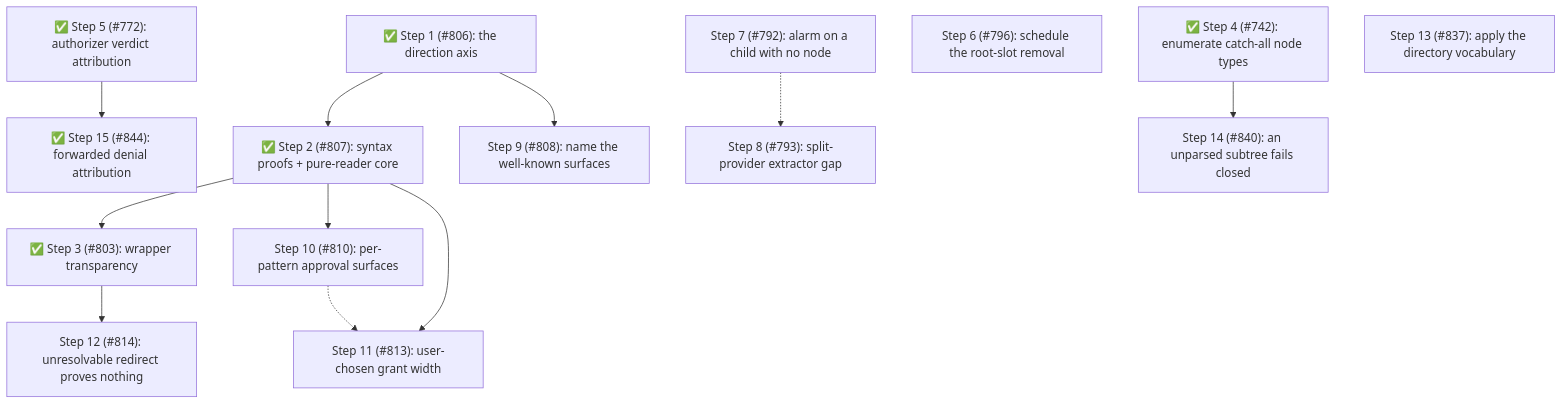
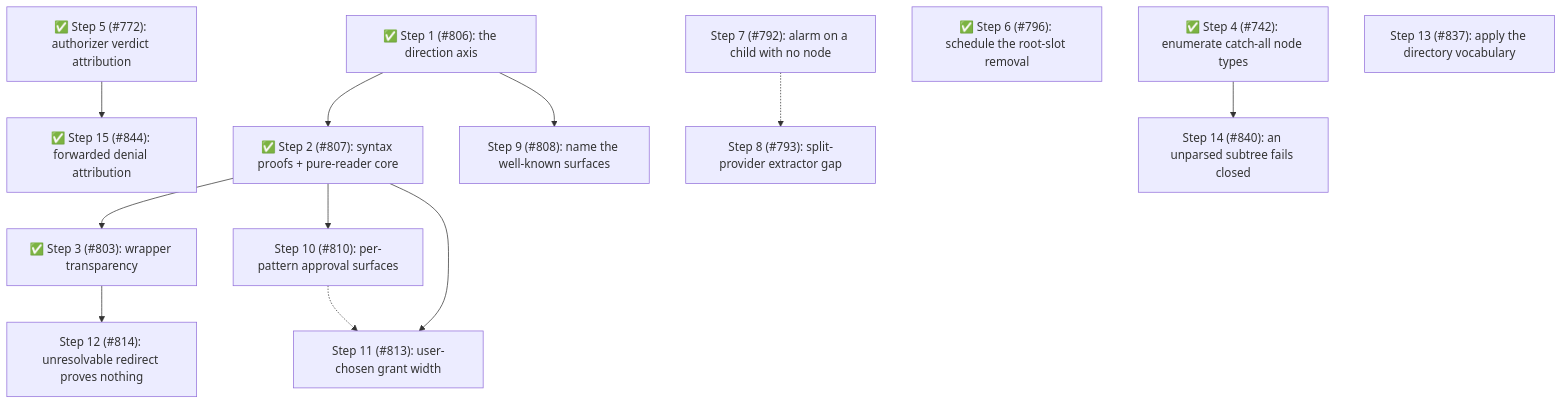
The fourth of 4 diagrams in packages/pi-permission-system/docs/architecture/architecture.md (gotgenes/pi-packages), drawn with Mermaid before and after one commit. The commit also changed other lines of this file and 6 other files, not shown here.

First line of the commit message:
docs(pi-permission-system): retire the process-root service slot from the docs

````diff
--- a/packages/pi-permission-system/docs/architecture/architecture.md
+++ b/packages/pi-permission-system/docs/architecture/architecture.md
@@ -1392,21 +1403,21 @@
 ```mermaid
 flowchart TD
     S1["✅ Step 1 (#806): the direction axis"] --> S2["✅ Step 2 (#807): syntax proofs + pure-reader core"]
     S2 --> S3["✅ Step 3 (#803): wrapper transparency"]
     S4["✅ Step 4 (#742): enumerate catch-all node types"]
     S5["✅ Step 5 (#772): authorizer verdict attribution"] --> S15["✅ Step 15 (#844): forwarded denial attribution"]
-    S6["Step 6 (#796): schedule the root-slot removal"]
+    S6["✅ Step 6 (#796): schedule the root-slot removal"]
     S7["Step 7 (#792): alarm on a child with no node"]
     S8["Step 8 (#793): split-provider extractor gap"]
     S9["Step 9 (#808): name the well-known surfaces"]
     S10["Step 10 (#810): per-pattern approval surfaces"]
     S11["Step 11 (#813): user-chosen grant width"]
     S3 --> S12["Step 12 (#814): unresolvable redirect proves nothing"]
     S13["Step 13 (#837): apply the directory vocabulary"]
     S4 --> S14["Step 14 (#840): an unparsed subtree fails closed"]
     S7 -.-> S8
     S1 --> S9
     S2 --> S10
     S2 --> S11
     S10 -.-> S11
 ```
````
